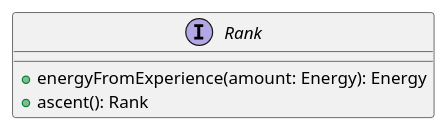
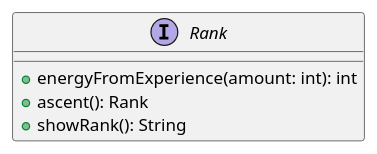
Before and after one commit to PabloGCH/tp2-algo3: the diagram in diagrams/classes/rank/Rank.plantuml, drawn with PlantUML. The commit also changed 23 other files, not shown here.

```diff
--- a/diagrams/classes/rank/Rank.plantuml
+++ b/diagrams/classes/rank/Rank.plantuml
@@ -1,7 +1,8 @@
 @startuml
 interface Rank {
-    +energyFromExperience(amount: Energy): Energy
+    +energyFromExperience(amount: int): int
     +ascent(): Rank
+    +showRank(): String
 }
 
 @enduml
```
